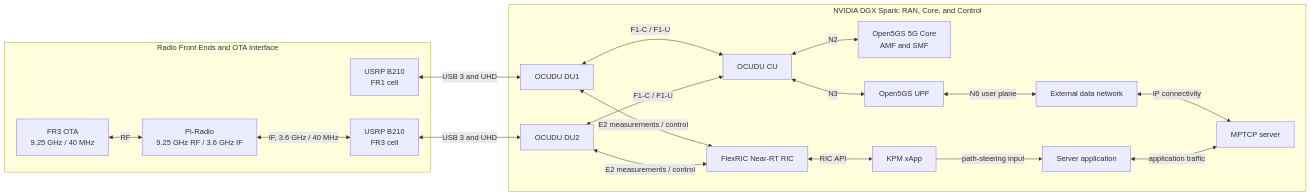
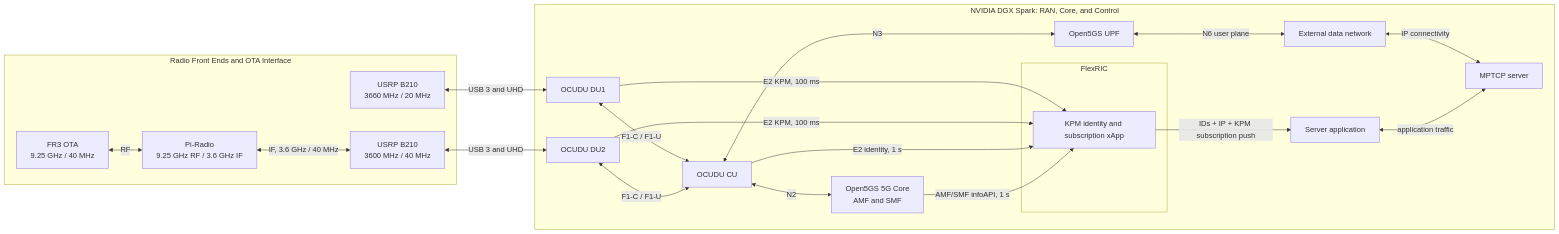
Before and after one commit to Ruibin2000/Falcon: the second of 2 diagrams in README.md, drawn with Mermaid. The commit also changed other lines of this file and 45 other files, not shown here.

````diff
--- a/README.md
+++ b/README.md
@@ -148,39 +157,41 @@
 ```mermaid
 flowchart LR
     subgraph DGX[NVIDIA DGX Spark: RAN, Core, and Control]
         DU1[OCUDU DU1]
         DU2[OCUDU DU2]
         CU[OCUDU CU]
         Core[Open5GS 5G Core<br/>AMF and SMF]
         UPF[Open5GS UPF]
-        RIC[FlexRIC Near-RT RIC]
-        XAPP[KPM xApp]
+        subgraph RIC[FlexRIC]
+            XAPP[KPM identity and subscription xApp]
+        end
         App[Server application]
         MPTCP[MPTCP server]
         DN[External data network]
 
         DU1 <-->|F1-C / F1-U| CU
         DU2 <-->|F1-C / F1-U| CU
-        DU1 <-->|E2 measurements / control| RIC
-        DU2 <-->|E2 measurements / control| RIC
+        DU1 -->|E2 KPM, 100 ms| XAPP
+        DU2 -->|E2 KPM, 100 ms| XAPP
+        CU -->|E2 identity, 1 s| XAPP
         CU <-->|N2| Core
         CU <-->|N3| UPF
         UPF <-->|N6 user plane| DN
         DN <-->|IP connectivity| MPTCP
-        RIC <-->|RIC API| XAPP
-        XAPP -->|path-steering input| App
+        Core -->|AMF/SMF infoAPI, 1 s| XAPP
+        XAPP -->|IDs + IP + KPM subscription push| App
         App <-->|application traffic| MPTCP
     end
 
     subgraph RF[Radio Front Ends and OTA Interface]
-        B1[USRP B210<br/>FR1 cell]
+        B1[USRP B210<br/>3660 MHz / 20 MHz]
         OTA3[FR3 OTA<br/>9.25 GHz / 40 MHz]
         PR[Pi-Radio<br/>9.25 GHz RF / 3.6 GHz IF]
-        B2[USRP B210<br/>FR3 cell]
+        B2[USRP B210<br/>3600 MHz / 40 MHz]
         OTA3 <-->|RF| PR
         PR <-->|IF, 3.6 GHz / 40 MHz| B2
     end
 
     B1 <-->|USB 3 and UHD| DU1
     B2 <-->|USB 3 and UHD| DU2
 ```
````
